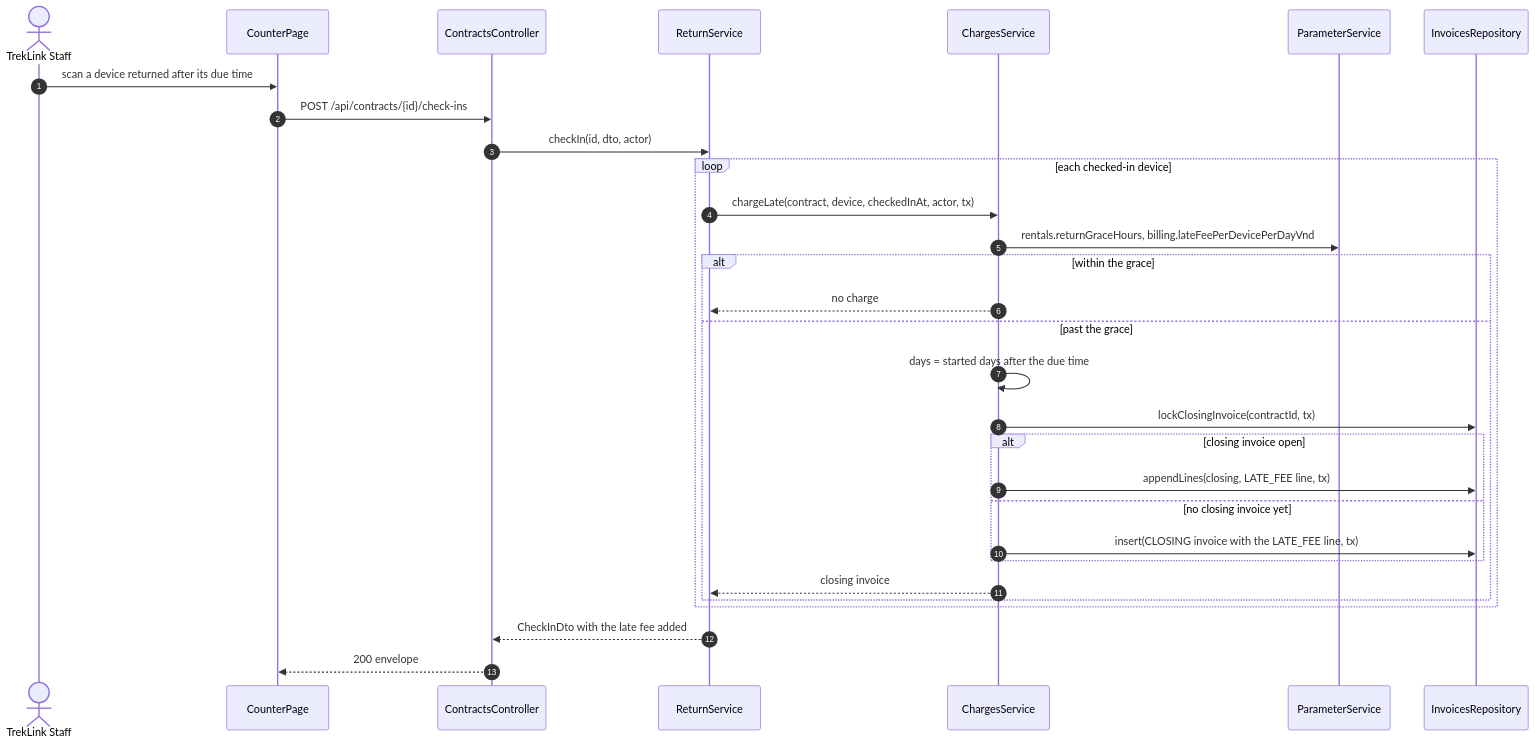
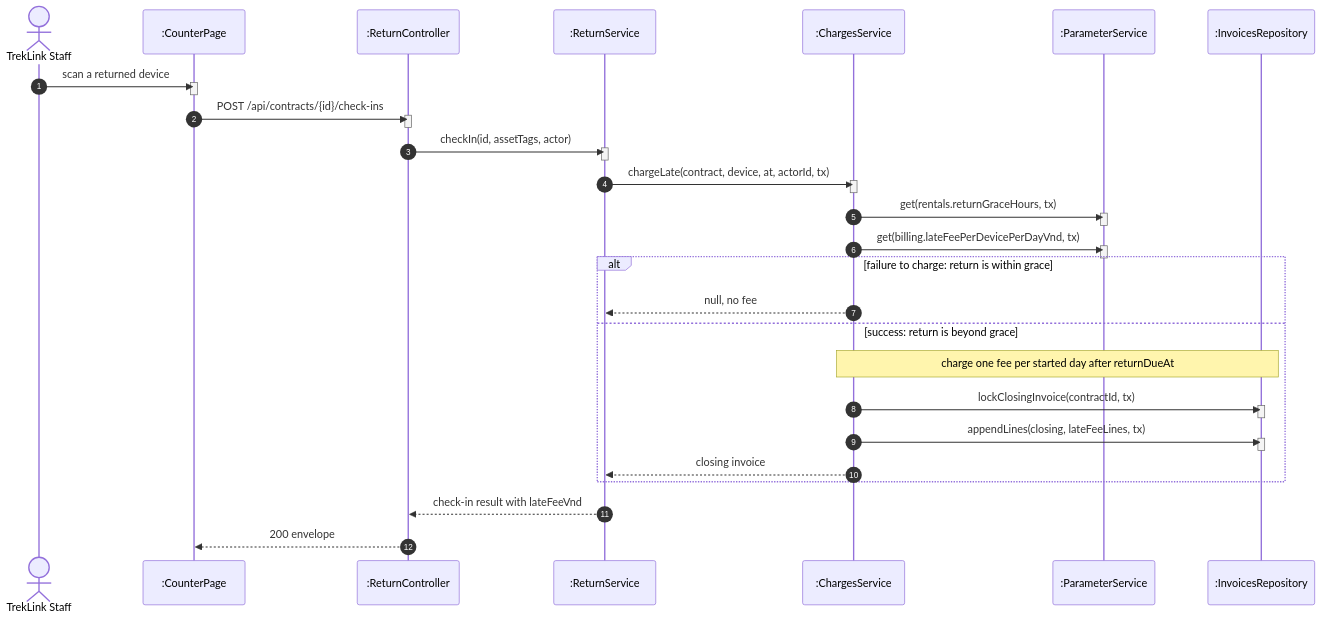
Diagram 16 of 17 in specs/billing/design.md (TrekLink-Team/treklink-web), drawn with Mermaid before and after one commit. The commit also changed other lines of this file and 2 other files, not shown here.

First line of the commit message:
docs: one alt per sequence, code-true guards and per-use-case class panels (review of #113)

````diff
--- a/specs/billing/design.md
+++ b/specs/billing/design.md
@@ -466,32 +661,43 @@
 ```mermaid
 sequenceDiagram
     autonumber
     actor St as TrekLink Staff
-    participant P as CounterPage
-    participant C as ContractsController
-    participant S as ReturnService
-    participant Ch as ChargesService
-    participant Pm as ParameterService
-    participant I as InvoicesRepository
-    St->>P: scan a device returned after its due time
+    participant P as :CounterPage
+    participant C as :ReturnController
+    participant S as :ReturnService
+    participant Ch as :ChargesService
+    participant Pm as :ParameterService
+    participant I as :InvoicesRepository
+    St->>P: scan a returned device
+    activate P
+    deactivate P
     P->>C: POST /api/contracts/{id}/check-ins
-    C->>S: checkIn(id, dto, actor)
-    loop each checked-in device
-        S->>Ch: chargeLate(contract, device, checkedInAt, actor, tx)
-        Ch->>Pm: rentals.returnGraceHours, billing.lateFeePerDevicePerDayVnd
-        alt within the grace
-            Ch-->>S: no charge
-        else past the grace
-            Ch->>Ch: days = started days after the due time
-            Ch->>I: lockClosingInvoice(contractId, tx)
-            alt closing invoice open
-                Ch->>I: appendLines(closing, LATE_FEE line, tx)
-            else no closing invoice yet
-                Ch->>I: insert(CLOSING invoice with the LATE_FEE line, tx)
-            end
-            Ch-->>S: closing invoice
-        end
+    activate C
+    deactivate C
+    C->>S: checkIn(id, assetTags, actor)
+    activate S
+    deactivate S
+    S->>Ch: chargeLate(contract, device, at, actorId, tx)
+    activate Ch
+    deactivate Ch
+    Ch->>Pm: get(rentals.returnGraceHours, tx)
+    activate Pm
+    deactivate Pm
+    Ch->>Pm: get(billing.lateFeePerDevicePerDayVnd, tx)
+    activate Pm
+    deactivate Pm
+    alt failure to charge: return is within grace
+        Ch-->>S: null, no fee
+    else success: return is beyond grace
+        Note over Ch,I: charge one fee per started day after returnDueAt
+        Ch->>I: lockClosingInvoice(contractId, tx)
+        activate I
+        deactivate I
+        Ch->>I: appendLines(closing, lateFeeLines, tx)
+        activate I
+        deactivate I
+        Ch-->>S: closing invoice
     end
-    S-->>C: CheckInDto with the late fee added
+    S-->>C: check-in result with lateFeeVnd
     C-->>P: 200 envelope
 ```
````
